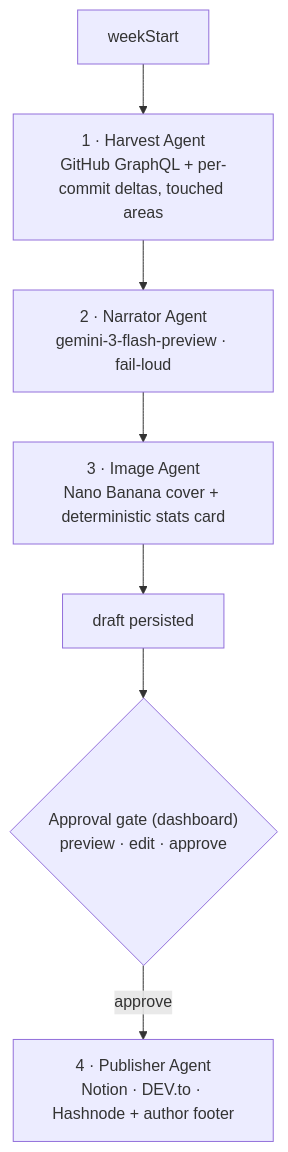
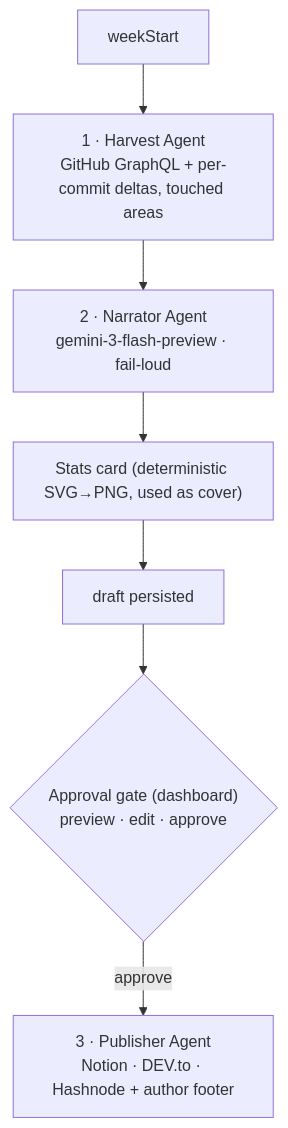
Before and after one commit to yashksaini-coder/DevNotion: the diagram in blog/devnotion-v2-finish-up-a-thon.md, drawn with Mermaid. The commit also changed other lines of this file and 4 other files, not shown here.

First line of the commit message:
docs: reflect stats-card-as-cover in articles + diagrams

````diff
--- a/blog/devnotion-v2-finish-up-a-thon.md
+++ b/blog/devnotion-v2-finish-up-a-thon.md
@@ -36,9 +36,9 @@
 ```mermaid
 flowchart TD
     A["weekStart"] --> H["1 · Harvest Agent<br/>GitHub GraphQL + per-commit deltas, touched areas"]
     H --> N["2 · Narrator Agent<br/>gemini-3-flash-preview · fail-loud"]
-    N --> I["3 · Image Agent<br/>Nano Banana cover + deterministic stats card"]
-    I --> P["draft persisted"]
+    N --> S["Stats card (deterministic SVG→PNG, used as cover)"]
+    S --> P["draft persisted"]
     P --> G{"Approval gate (dashboard)<br/>preview · edit · approve"}
-    G -->|approve| PUB["4 · Publisher Agent<br/>Notion · DEV.to · Hashnode + author footer"]
+    G -->|approve| PUB["3 · Publisher Agent<br/>Notion · DEV.to · Hashnode + author footer"]
 ```
````
